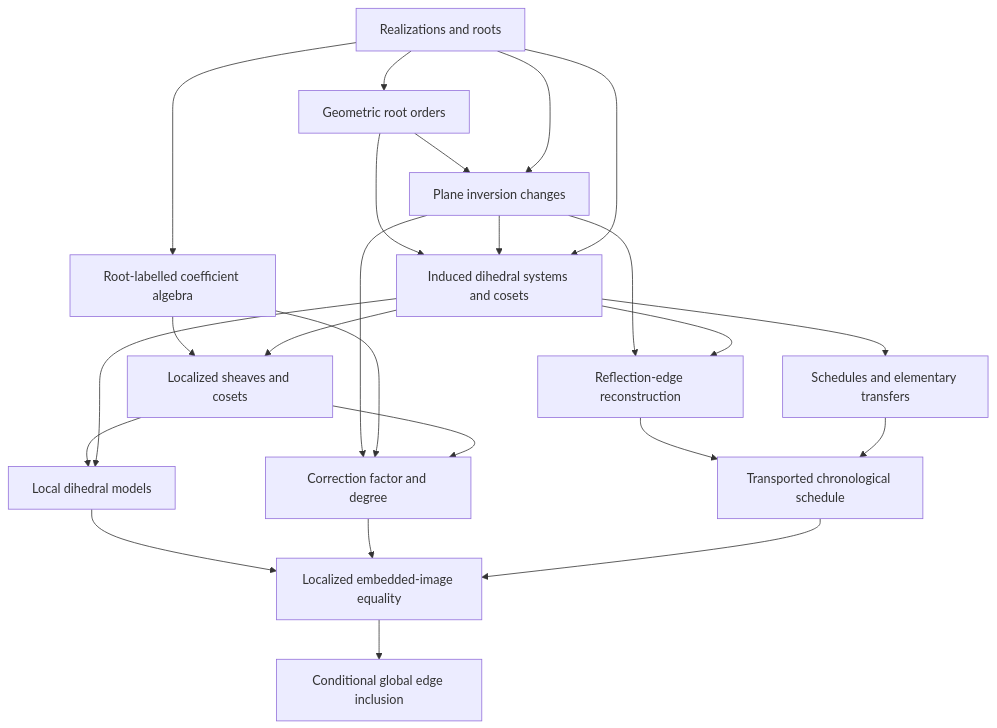
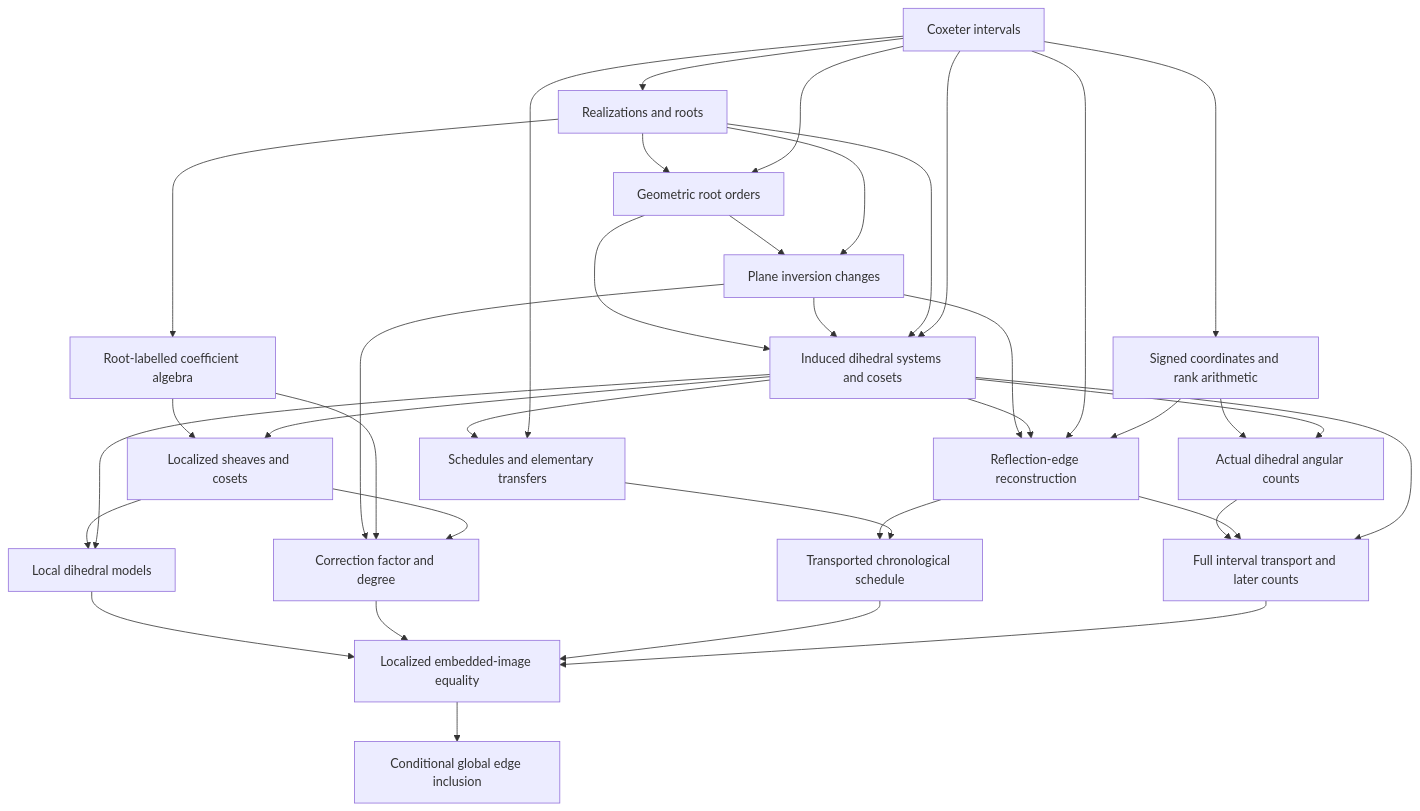
The second of 3 diagrams in docs/planning/knowledge-base-relationships.md (jiajunma/combkl), drawn with Mermaid before and after one commit. The commit also changed other lines of this file and 22 other files, not shown here.

Commit message:
docs: develop signed dihedral coordinates and count arithmetic

````diff
--- a/docs/planning/knowledge-base-relationships.md
+++ b/docs/planning/knowledge-base-relationships.md
@@ -106,39 +108,56 @@
 ```mermaid
 flowchart TD
+  c["Coxeter intervals"]
   r["Realizations and roots"]
   ra["Root-labelled coefficient algebra"]
   oo["Geometric root orders"]
   ow["Plane inversion changes"]
   og["Induced dihedral systems and cosets"]
+  oc["Signed coordinates and rank arithmetic"]
+  on["Actual dihedral angular counts"]
   oe["Reflection-edge reconstruction"]
   os["Schedules and elementary transfers"]
   ot["Transported chronological schedule"]
+  od["Full interval transport and later counts"]
   l0["Localized sheaves and cosets"]
   lm["Local dihedral models"]
   lf["Correction factor and degree"]
   li["Localized embedded-image equality"]
   lg["Conditional global edge inclusion"]
+  c --> r
   r --> ra
   r --> oo
+  c --> oo
   oo --> ow
   r --> ow
   oo --> og
   ow --> og
   r --> og
+  c --> og
+  c --> oc
+  oc --> on
+  og --> on
   ow --> oe
   og --> oe
+  c --> oe
+  oc --> oe
   og --> os
+  c --> os
   oe --> ot
   os --> ot
+  on --> od
+  oe --> od
+  og --> od
   ra --> l0
   og --> l0
   l0 --> lm
   og --> lm
   ow --> lf
   ra --> lf
   l0 --> lf
   lm --> li
   lf --> li
   ot --> li
+  od --> li
   li --> lg
 ```
````
